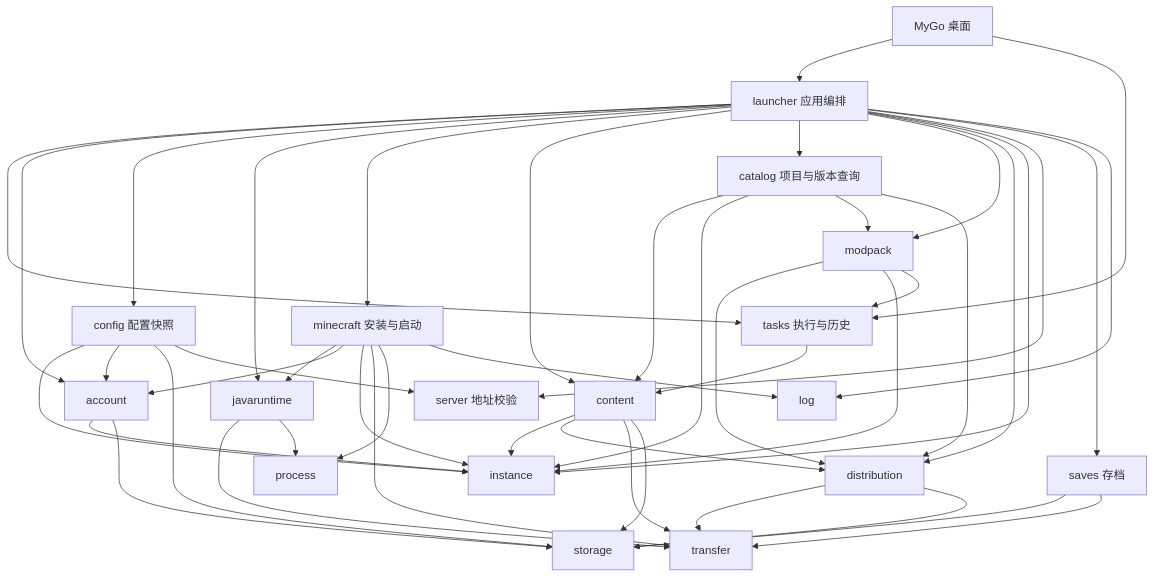
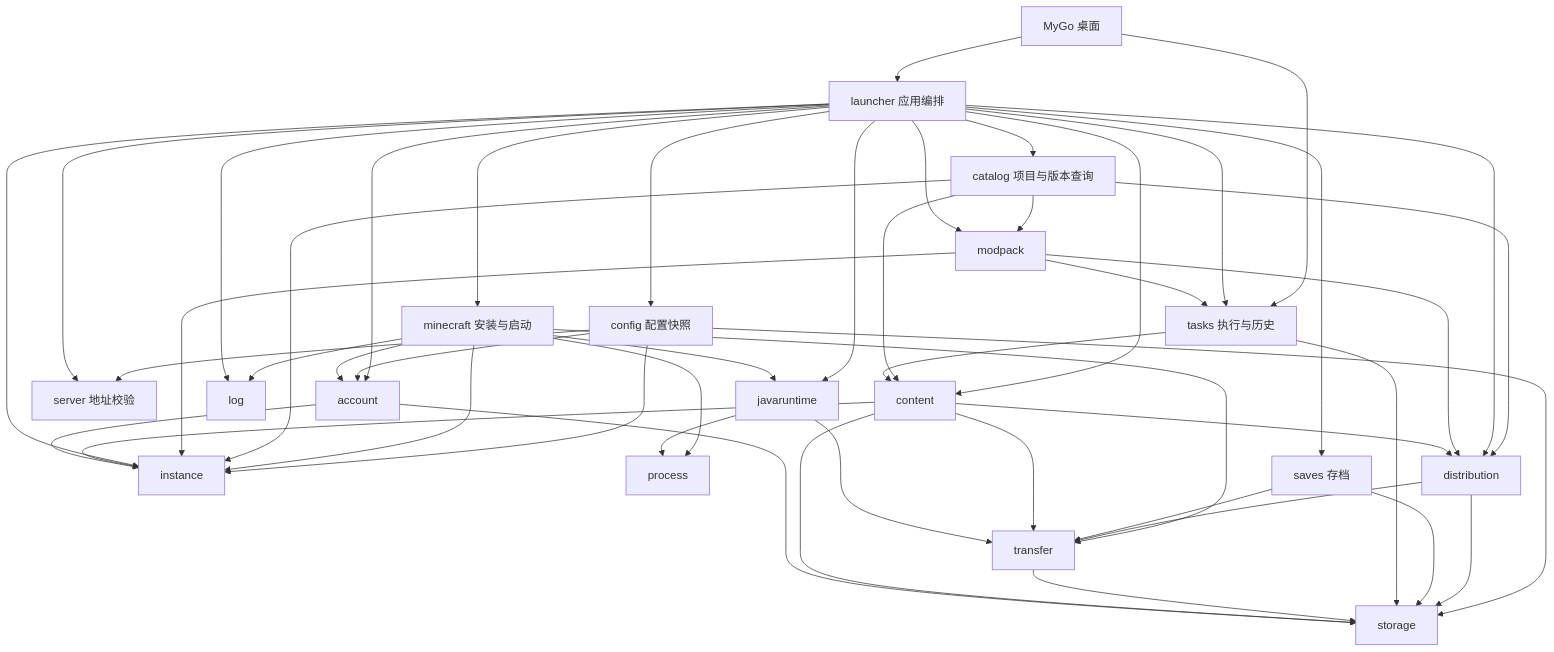
The diagram in docs/architecture.md (CAUCraft/LXMCL), drawn with Mermaid before and after one commit. The commit also changed other lines of this file and 9 other files, not shown here.

````diff
--- a/docs/architecture.md
+++ b/docs/architecture.md
@@ -30,48 +30,50 @@
 ```mermaid
 flowchart TD
     UI[MyGo 桌面] --> Launcher[launcher 应用编排]
     UI --> Tasks[tasks 执行与历史]
     Launcher --> Tasks
     Launcher --> Account[account]
     Launcher --> Config[config 配置快照]
     Config --> Instance
     Config --> Account
     Config --> Storage
     Config --> Server[server 地址校验]
     Launcher --> Java[javaruntime]
     Launcher --> Minecraft[minecraft 安装与启动]
     Minecraft --> Java
     Minecraft --> Account
     Minecraft --> Instance
     Minecraft --> Transfer
     Minecraft --> Process
     Minecraft --> Logs
     Launcher --> Content[content]
     Launcher --> Catalog[catalog 项目与版本查询]
     Catalog --> Content
     Catalog --> Instance
     Catalog --> Modpack
     Catalog --> Distribution
     Launcher --> Modpack[modpack]
     Launcher --> Distribution[distribution]
     Modpack --> Distribution
     Modpack --> Instance
     Modpack --> Tasks
     Distribution --> Transfer
     Distribution --> Storage
     Launcher --> Instance[instance]
     Launcher --> Server
     Launcher --> Saves[saves 存档]
     Saves --> Storage
     Saves --> Transfer
     Tasks --> Content
+    Tasks --> Storage
     Content --> Instance
     Content --> Distribution
     Content --> Transfer[transfer]
+    Transfer --> Storage
     Content --> Storage
     Java --> Transfer
     Java --> Process[process]
     Account --> Instance
     Account --> Storage[storage]
     Launcher --> Logs[log]
 ```
````
